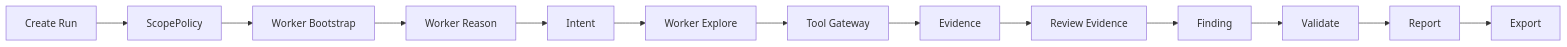
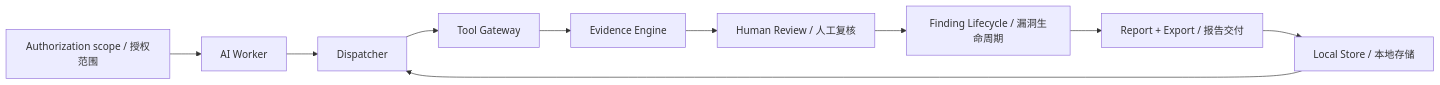
Before and after one commit to Coff0xc/AgentRed: the diagram in README.md, drawn with Mermaid. The commit also changed other lines of this file and 2 other files, not shown here.

````diff
--- a/README.md
+++ b/README.md
@@ -334,15 +276,12 @@
 ```mermaid
 flowchart LR
-  A["Create Run"] --> B["ScopePolicy"]
-  B --> C["Worker Bootstrap"]
-  C --> D["Worker Reason"]
-  D --> E["Intent"]
-  E --> F["Worker Explore"]
-  F --> G["Tool Gateway"]
-  G --> H["Evidence"]
-  H --> I["Review Evidence"]
-  I --> J["Finding"]
-  J --> K["Validate"]
-  K --> L["Report"]
-  L --> M["Export"]
+  A["Authorization scope / 授权范围"] --> B["AI Worker"]
+  B --> C["Dispatcher"]
+  C --> D["Tool Gateway"]
+  D --> E["Evidence Engine"]
+  E --> F["Human Review / 人工复核"]
+  F --> G["Finding Lifecycle / 漏洞生命周期"]
+  G --> H["Report + Export / 报告交付"]
+  H --> I["Local Store / 本地存储"]
+  I --> C
 ```
````
